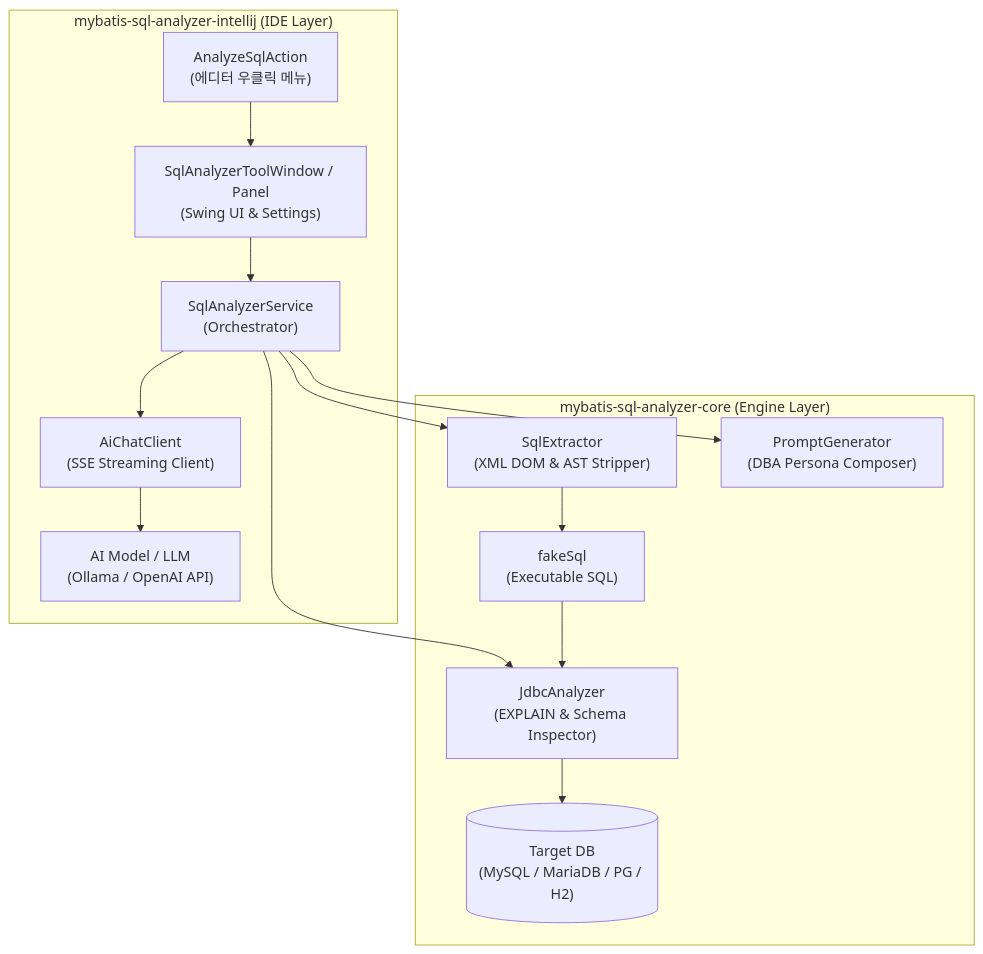
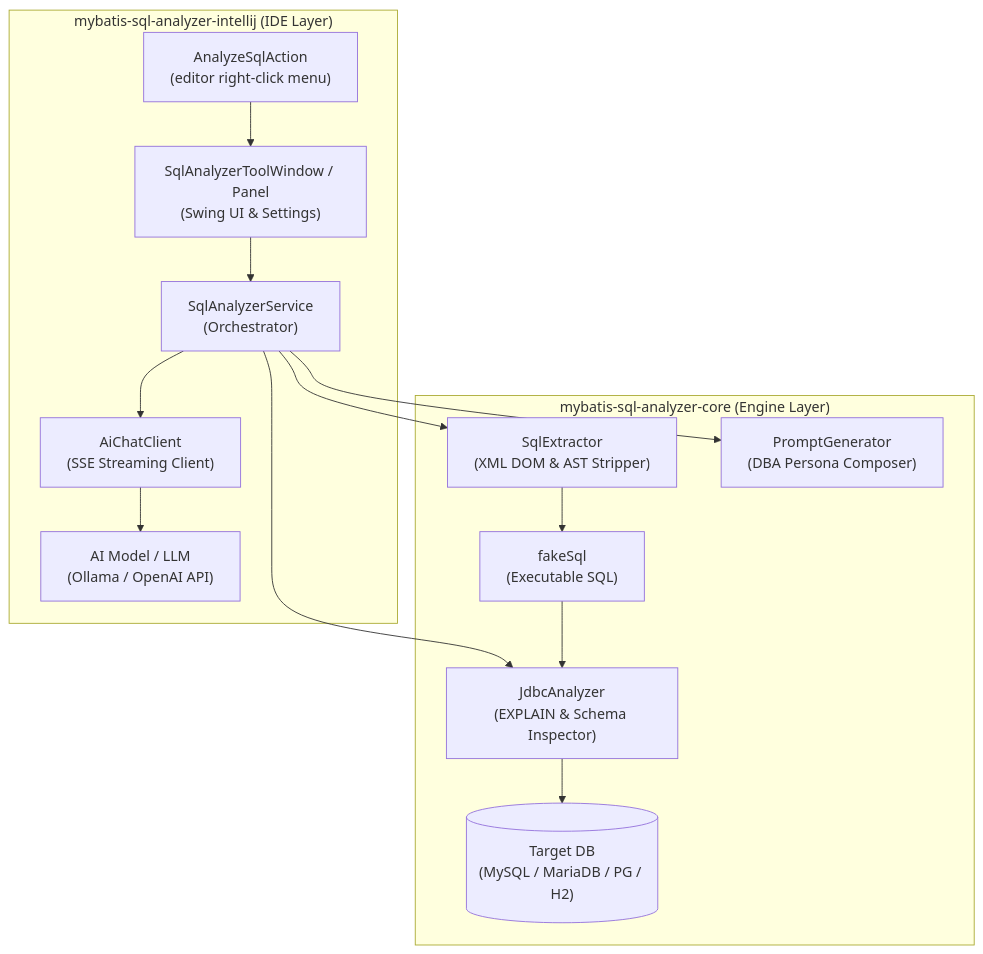
The first of 2 diagrams in docs/ARCHITECTURE.md (sweetpark/mybatis-sql-tuner-ai), drawn with Mermaid before and after one commit. The commit also changed other lines of this file and 7 other files, not shown here.

````diff
--- a/docs/ARCHITECTURE.md
+++ b/docs/ARCHITECTURE.md
@@ -9,19 +10,19 @@
 ```mermaid
 graph TD
     subgraph IntelliJPlugin["mybatis-sql-analyzer-intellij (IDE Layer)"]
-        Action["AnalyzeSqlAction<br/>(에디터 우클릭 메뉴)"] --> ToolWin["SqlAnalyzerToolWindow / Panel<br/>(Swing UI & Settings)"]
+        Action["AnalyzeSqlAction<br/>(editor right-click menu)"] --> ToolWin["SqlAnalyzerToolWindow / Panel<br/>(Swing UI & Settings)"]
         ToolWin --> Service["SqlAnalyzerService<br/>(Orchestrator)"]
         Service --> AiClient["AiChatClient<br/>(SSE Streaming Client)"]
         AiClient --> LLM["AI Model / LLM<br/>(Ollama / OpenAI API)"]
     end
 
     subgraph CoreModule["mybatis-sql-analyzer-core (Engine Layer)"]
         Service --> Extractor["SqlExtractor<br/>(XML DOM & AST Stripper)"]
         Service --> Jdbc["JdbcAnalyzer<br/>(EXPLAIN & Schema Inspector)"]
         Service --> PromptGen["PromptGenerator<br/>(DBA Persona Composer)"]
-        
+
         Extractor --> FakeSql["fakeSql<br/>(Executable SQL)"]
         FakeSql --> Jdbc
         Jdbc --> TargetDB[("Target DB<br/>(MySQL / MariaDB / PG / H2)")]
     end
 ```
````
